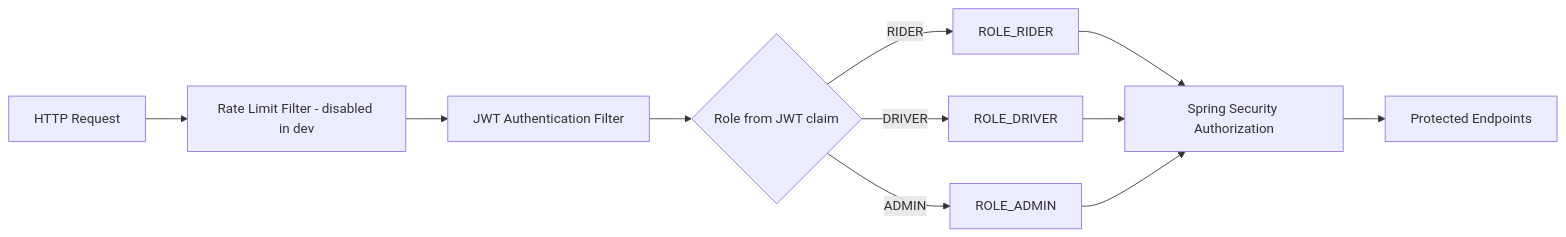
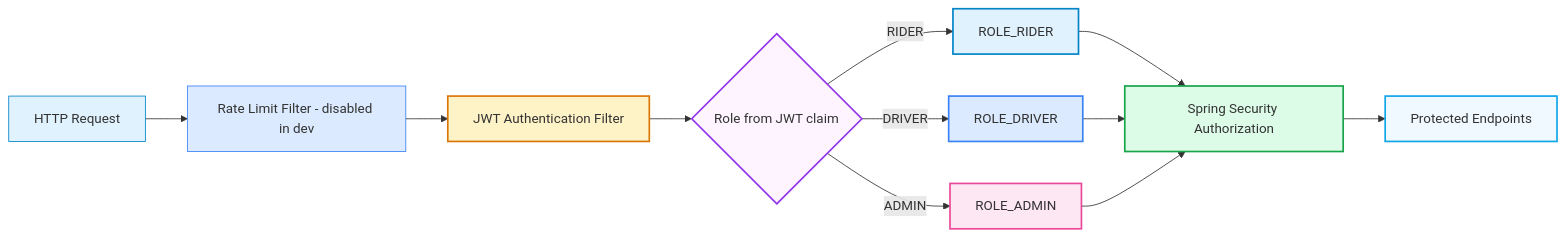
Before and after one commit to maheshshinde9100/LocalCab: the seventh of 8 diagrams in README.md, drawn with Mermaid. The commit also changed other lines of this file and 2 other files, not shown here.

````diff
--- a/README.md
+++ b/README.md
@@ -263,13 +315,22 @@
 ```mermaid
 flowchart LR
     REQ[HTTP Request] --> RL[Rate Limit Filter - disabled in dev]
+    style REQ fill:#e0f2fe,stroke:#0284c7,stroke-width:1px
+    style RL fill:#dbeafe,stroke:#3b82f6,stroke-width:1px
     RL --> JWT[JWT Authentication Filter]
+    style JWT fill:#fef3c7,stroke:#d97706,stroke-width:2px
     JWT --> CTX{Role from JWT claim}
+    style CTX fill:#fdf4ff,stroke:#9333ea,stroke-width:2px
     CTX -->|RIDER| RR[ROLE_RIDER]
+    style RR fill:#e0f2fe,stroke:#0284c7,stroke-width:2px
     CTX -->|DRIVER| DR[ROLE_DRIVER]
+    style DR fill:#dbeafe,stroke:#3b82f6,stroke-width:2px
     CTX -->|ADMIN| AR[ROLE_ADMIN]
+    style AR fill:#fce7f3,stroke:#ec4899,stroke-width:2px
     RR --> AUTHZ[Spring Security Authorization]
     DR --> AUTHZ
     AR --> AUTHZ
+    style AUTHZ fill:#dcfce7,stroke:#16a34a,stroke-width:2px
     AUTHZ --> API[Protected Endpoints]
+    style API fill:#f0f9ff,stroke:#0ea5e9,stroke-width:2px
 ```
````
